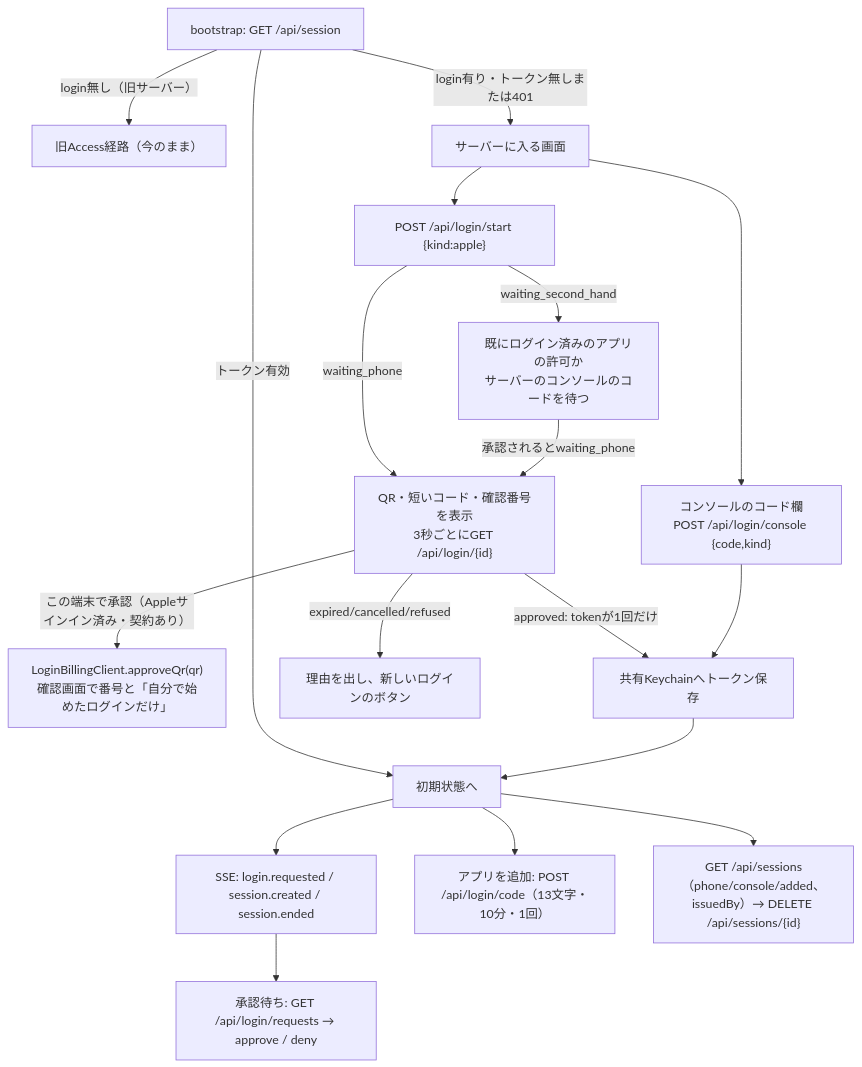
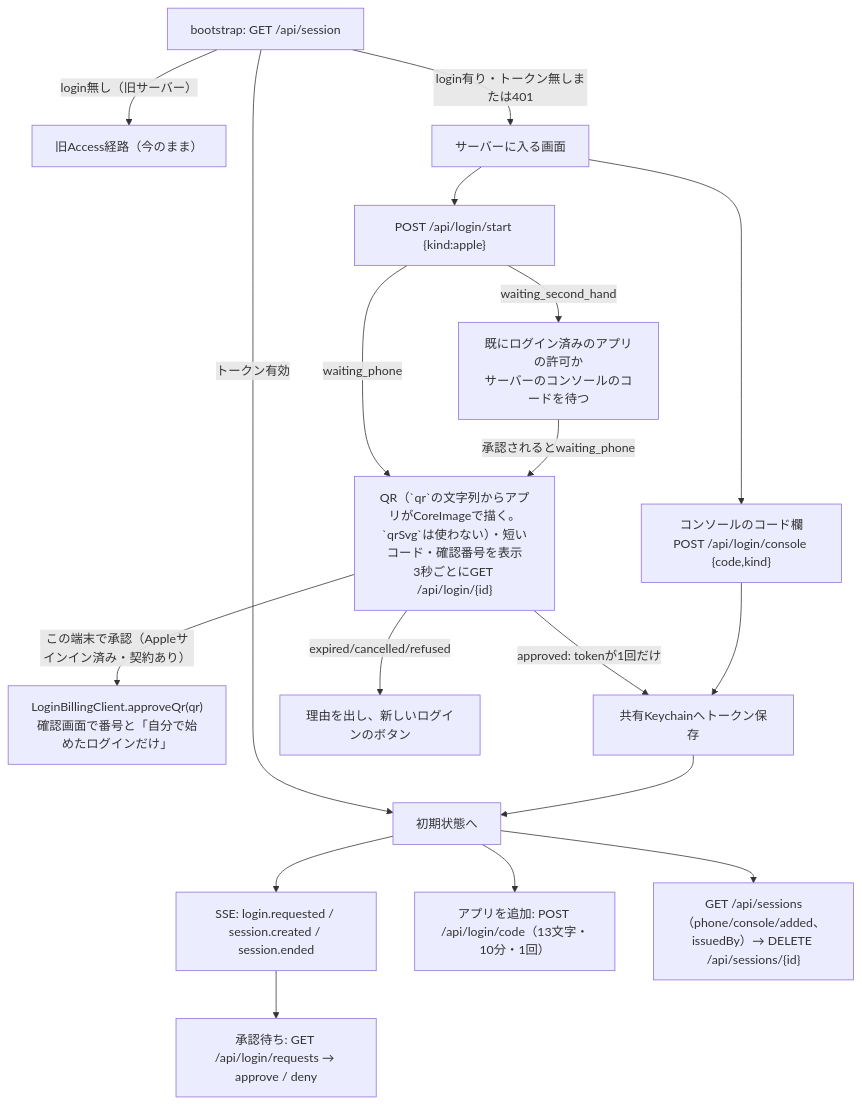
The first of 3 diagrams in docs/architecture/modules/apple/login-billing.md (kitepon/BellTeam), drawn with Mermaid before and after one commit. The commit also changed other lines of this file and 9 other files, not shown here.

````diff
--- a/docs/architecture/modules/apple/login-billing.md
+++ b/docs/architecture/modules/apple/login-billing.md
@@ -18,19 +18,19 @@
 ```mermaid
 flowchart TD
   Boot["bootstrap: GET /api/session"] -->|"login無し（旧サーバー）"| Legacy["旧Access経路（今のまま）"]
   Boot -->|"login有り・トークン無しまたは401"| Connect["サーバーに入る画面"]
   Boot -->|"トークン有効"| Ready["初期状態へ"]
   Connect --> Start["POST /api/login/start {kind:apple}"]
   Start -->|"waiting_second_hand"| Second["既にログイン済みのアプリの許可か<br/>サーバーのコンソールのコードを待つ"]
-  Start -->|"waiting_phone"| Phone["QR・短いコード・確認番号を表示<br/>3秒ごとにGET /api/login/{id}"]
+  Start -->|"waiting_phone"| Phone["QR（`qr`の文字列からアプリがCoreImageで描く。`qrSvg`は使わない）・短いコード・確認番号を表示<br/>3秒ごとにGET /api/login/{id}"]
   Second -->|"承認されるとwaiting_phone"| Phone
   Phone -->|"この端末で承認（Appleサインイン済み・契約あり）"| Approve["LoginBillingClient.approveQr(qr)<br/>確認画面で番号と「自分で始めたログインだけ」"]
   Phone -->|"approved: tokenが1回だけ"| Keep["共有Keychainへトークン保存"]
   Keep --> Ready
   Connect --> Console["コンソールのコード欄<br/>POST /api/login/console {code,kind}"] --> Keep
   Phone -->|"expired/cancelled/refused"| Again["理由を出し、新しいログインのボタン"]
   Ready --> Events["SSE: login.requested / session.created / session.ended"]
   Events --> Requests["承認待ち: GET /api/login/requests → approve / deny"]
   Ready --> Add["アプリを追加: POST /api/login/code（13文字・10分・1回）"]
   Ready --> Sessions["GET /api/sessions（phone/console/added、issuedBy）→ DELETE /api/sessions/{id}"]
 ```
````
